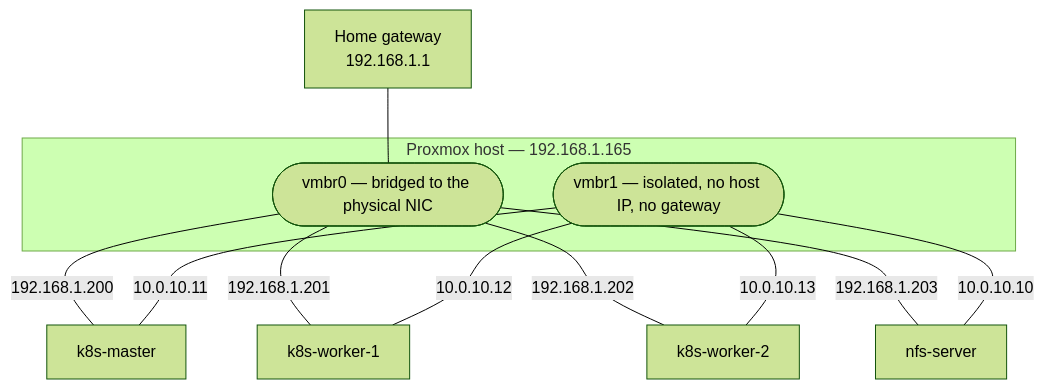
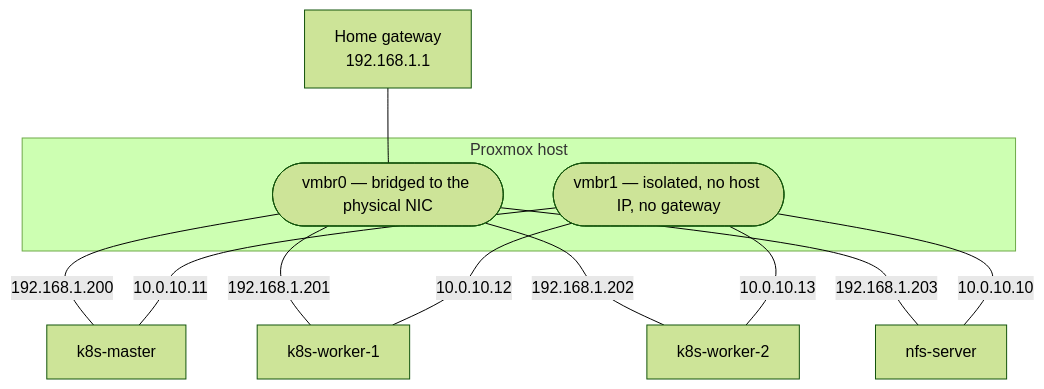
Before and after one commit to TheElysium/homelab: the second of 3 diagrams in docs/architecture.md, drawn with Mermaid (forest theme). The commit also changed other lines of this file and 7 other files, not shown here.

````diff
--- a/docs/architecture.md
+++ b/docs/architecture.md
@@ -107,26 +100,26 @@
 ```mermaid
 flowchart TB
     GW["Home gateway<br/>192.168.1.1"]
 
-    subgraph HOST["Proxmox host — 192.168.1.165"]
+    subgraph HOST["Proxmox host"]
         BR0(["vmbr0 — bridged to the physical NIC"])
         BR1(["vmbr1 — isolated, no host IP, no gateway"])
     end
 
     M["k8s-master"]
     W1["k8s-worker-1"]
     W2["k8s-worker-2"]
     NFS["nfs-server"]
 
     GW --- BR0
 
     BR0 ---|192.168.1.200| M
     BR0 ---|192.168.1.201| W1
     BR0 ---|192.168.1.202| W2
     BR0 ---|192.168.1.203| NFS
 
     BR1 ---|10.0.10.11| M
     BR1 ---|10.0.10.12| W1
     BR1 ---|10.0.10.13| W2
     BR1 ---|10.0.10.10| NFS
 ```
````
